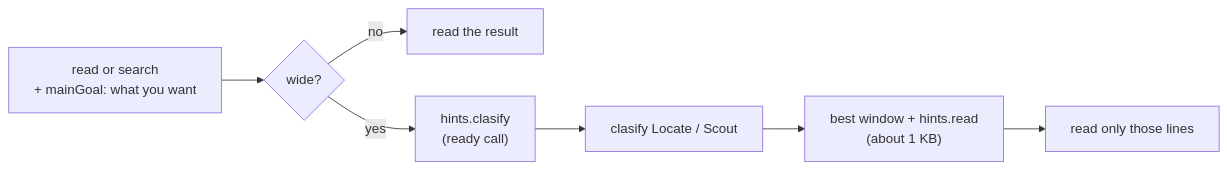
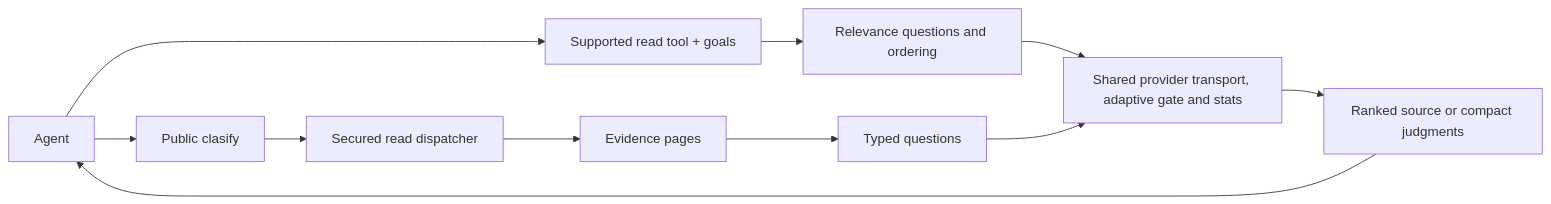
One commit to bgauryy/octocode-mcp changed the second of 2 diagrams in docs/OCTOCODE_CLASIFY.md. Above: the diagram before and after it, drawn with Mermaid. The commit also changed other lines of this file and 233 other files, not shown here.

````diff
--- a/docs/OCTOCODE_CLASIFY.md
+++ b/docs/OCTOCODE_CLASIFY.md
@@ -152,9 +164,12 @@
 ```mermaid
 flowchart LR
-    Q["read or search<br/>+ mainGoal: what you want"] --> W{wide?}
-    W -- no --> A[read the result]
-    W -- yes --> H["hints.clasify<br/>(ready call)"]
-    H --> C[clasify Locate / Scout]
-    C --> R["best window + hints.read<br/>(about 1 KB)"]
-    R --> V[read only those lines]
+    A[Agent] --> G[Supported read tool + goals]
+    A --> C[Public clasify]
+    C --> D[Secured read dispatcher]
+    D --> E[Evidence pages]
+    G --> R[Relevance questions and ordering]
+    E --> Q[Typed questions]
+    R & Q --> P[Shared provider transport, adaptive gate and stats]
+    P --> O[Ranked source or compact judgments]
+    O --> A
 ```
````
